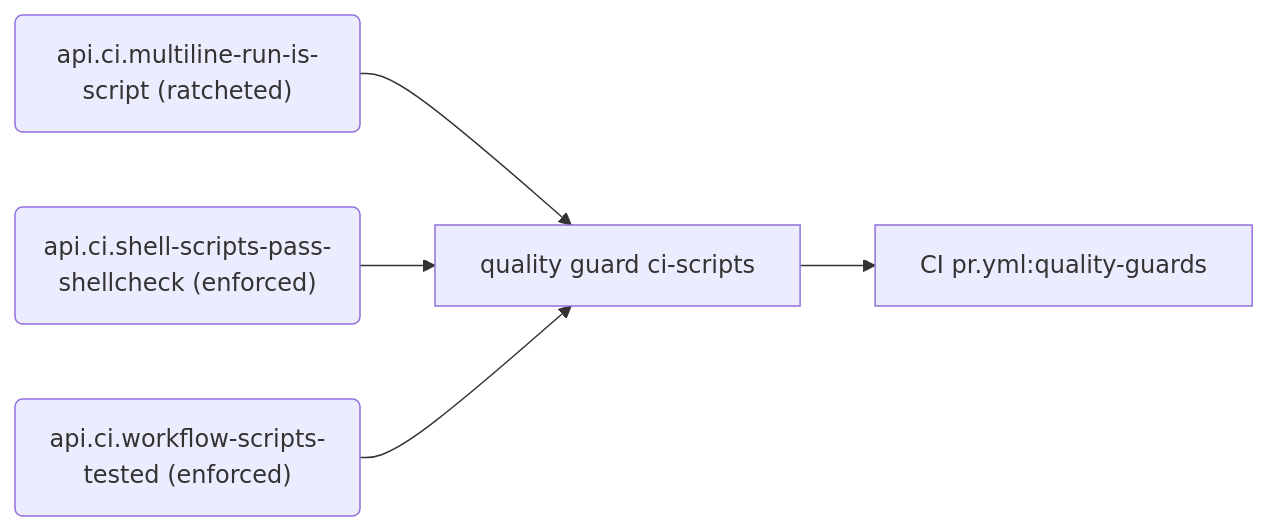
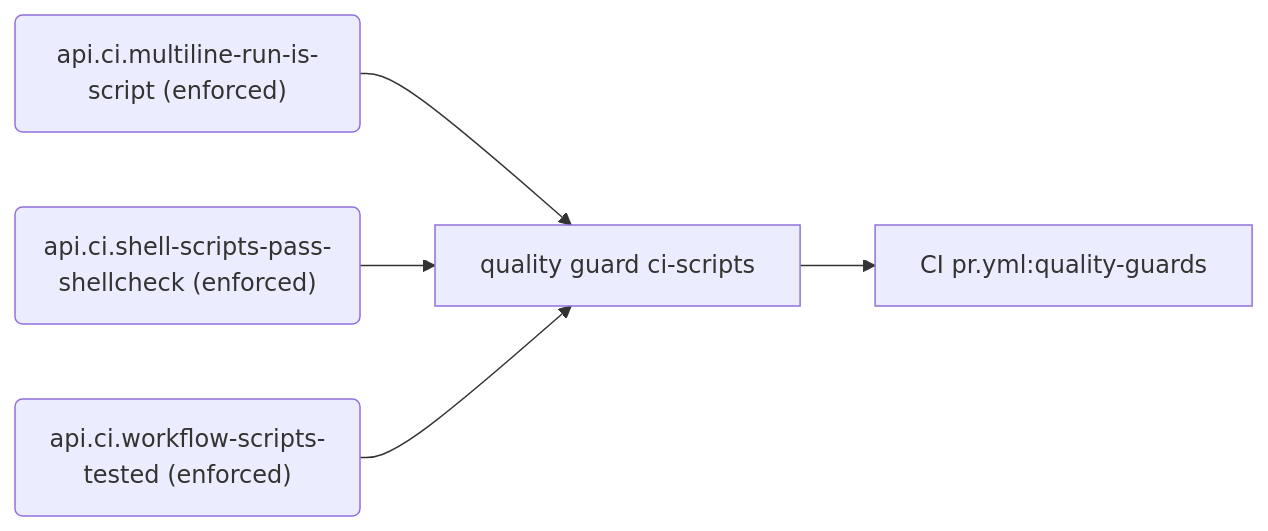
One commit to PolicyEngine/policyengine-api changed the eighth of 9 diagrams in docs/generated/rules.md. Above: the diagram before and after it, drawn with Mermaid. The commit also changed other lines of this file and 3 other files, not shown here.

First line of the commit message:
Enforce api.ci.multiline-run-is-script

````diff
--- a/docs/generated/rules.md
+++ b/docs/generated/rules.md
@@ -332,12 +332,12 @@
 ```mermaid
 flowchart LR
-  r_api_ci_multiline_run_is_script("api.ci.multiline-run-is-script (ratcheted)")
+  r_api_ci_multiline_run_is_script("api.ci.multiline-run-is-script (enforced)")
   e_quality_guard_ci_scripts["quality guard ci-scripts"]
   j_CI_pr_yml_quality_guards["CI pr.yml:quality-guards"]
   r_api_ci_shell_scripts_pass_shellcheck("api.ci.shell-scripts-pass-shellcheck (enforced)")
   r_api_ci_workflow_scripts_tested("api.ci.workflow-scripts-tested (enforced)")
   r_api_ci_multiline_run_is_script --> e_quality_guard_ci_scripts
   e_quality_guard_ci_scripts --> j_CI_pr_yml_quality_guards
   r_api_ci_shell_scripts_pass_shellcheck --> e_quality_guard_ci_scripts
   r_api_ci_workflow_scripts_tested --> e_quality_guard_ci_scripts
 ```
````
